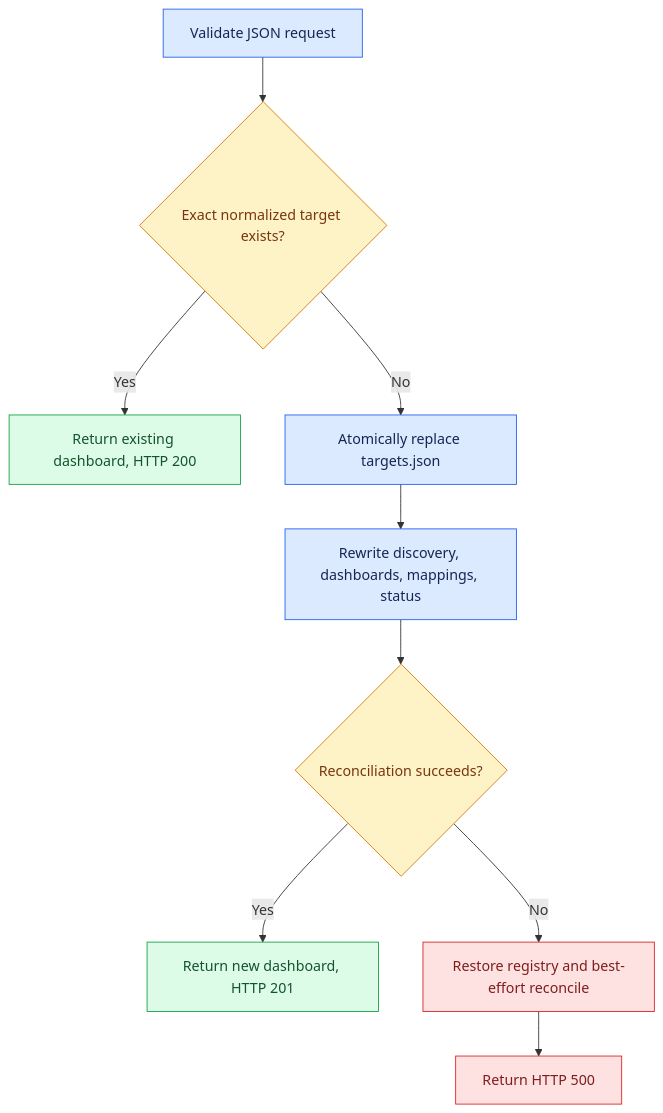
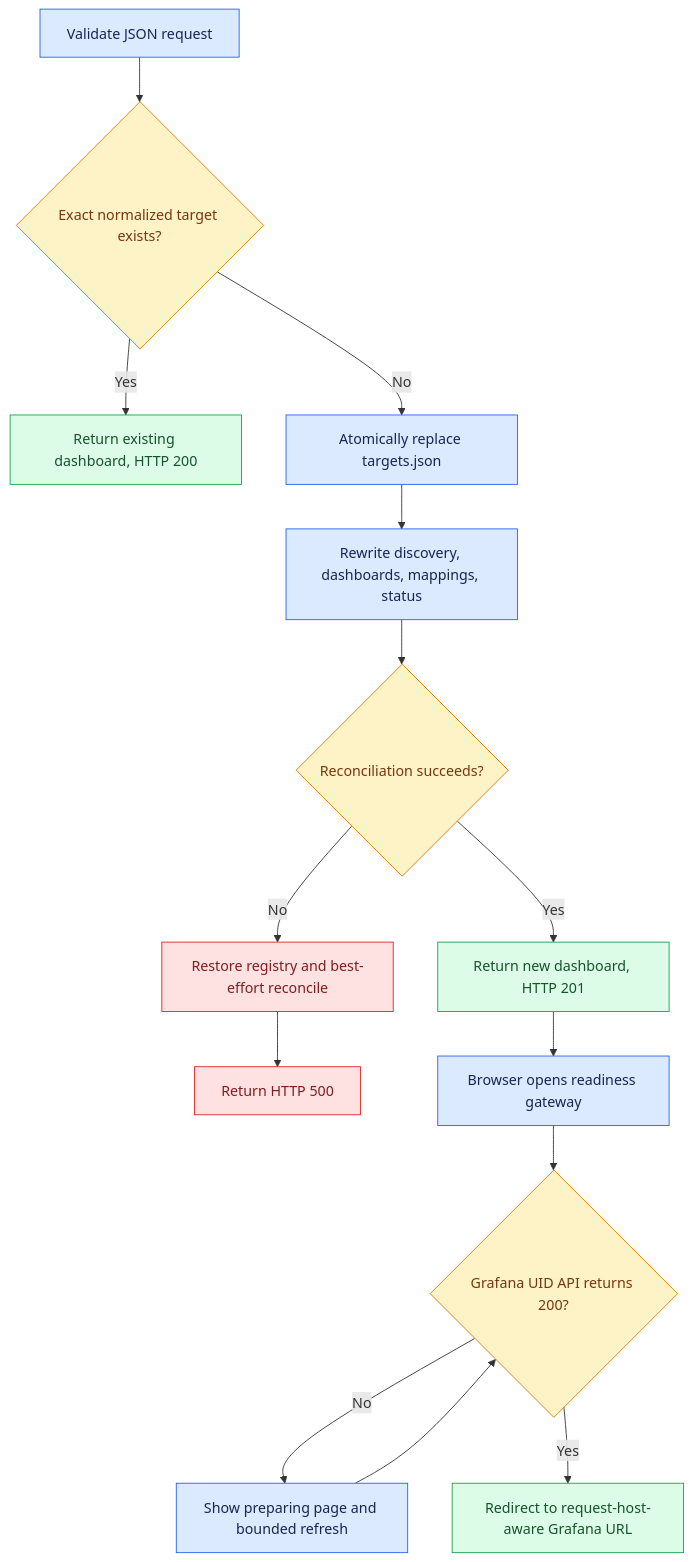
The third of 4 diagrams in docs/ARCHITECTURE.md (kmgowda/sbk-dashboard), drawn with Mermaid before and after one commit. The commit also changed other lines of this file and 14 other files, not shown here.

Commit message:
Gate dashboard opens on Grafana readiness

````diff
--- a/docs/ARCHITECTURE.md
+++ b/docs/ARCHITECTURE.md
@@ -96,20 +96,26 @@
 ```mermaid
 flowchart TD
     Request[Validate JSON request] --> Existing{Exact normalized target exists?}
     Existing -->|Yes| Reuse[Return existing dashboard, HTTP 200]
     Existing -->|No| Persist[Atomically replace targets.json]
     Persist --> Reconcile[Rewrite discovery, dashboards, mappings, status]
     Reconcile --> Result{Reconciliation succeeds?}
     Result -->|Yes| Created[Return new dashboard, HTTP 201]
     Result -->|No| Rollback[Restore registry and best-effort reconcile]
     Rollback --> Failure[Return HTTP 500]
+    Created --> Open[Browser opens readiness gateway]
+    Open --> Imported{Grafana UID API returns 200?}
+    Imported -->|No| Wait[Show preparing page and bounded refresh]
+    Wait --> Imported
+    Imported -->|Yes| Redirect[Redirect to request-host-aware Grafana URL]
 
     classDef request fill:#dbeafe,stroke:#2563eb,color:#172554;
     classDef decision fill:#fef3c7,stroke:#d97706,color:#78350f;
     classDef success fill:#dcfce7,stroke:#16a34a,color:#14532d;
     classDef failure fill:#fee2e2,stroke:#dc2626,color:#7f1d1d;
     class Request,Persist,Reconcile request;
-    class Existing,Result decision;
-    class Reuse,Created success;
+    class Existing,Result,Imported decision;
+    class Reuse,Created,Redirect success;
+    class Open,Wait request;
     class Rollback,Failure failure;
 ```
````
